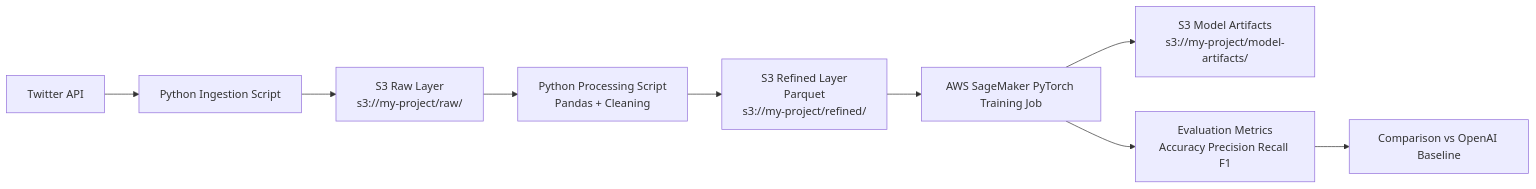
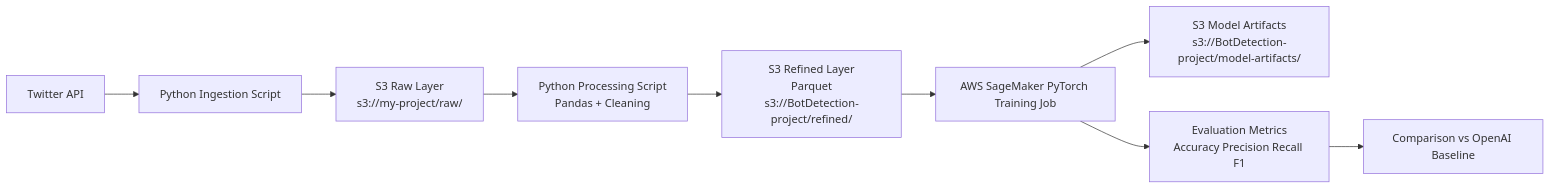
The diagram in README.md (JamesSoh2000/BotDetector-Competition2), drawn with Mermaid before and after one commit.

Commit message:
Syntax changed

````diff
--- a/README.md
+++ b/README.md
@@ -24,11 +24,11 @@
 ```mermaid
 flowchart LR
     A[Twitter API] --> B[Python Ingestion Script]
     B --> C[S3 Raw Layer<br/>s3://my-project/raw/]
     C --> D[Python Processing Script<br/>Pandas + Cleaning]
-    D --> E[S3 Refined Layer<br/>Parquet<br/>s3://my-project/refined/]
+    D --> E[S3 Refined Layer<br/>Parquet<br/>s3://BotDetection-project/refined/]
     E --> F[AWS SageMaker PyTorch Training Job]
-    F --> G[S3 Model Artifacts<br/>s3://my-project/model-artifacts/]
+    F --> G[S3 Model Artifacts<br/>s3://BotDetection-project/model-artifacts/]
     F --> H[Evaluation Metrics<br/>Accuracy Precision Recall F1]
     H --> I[Comparison vs OpenAI Baseline]
 ```
````
